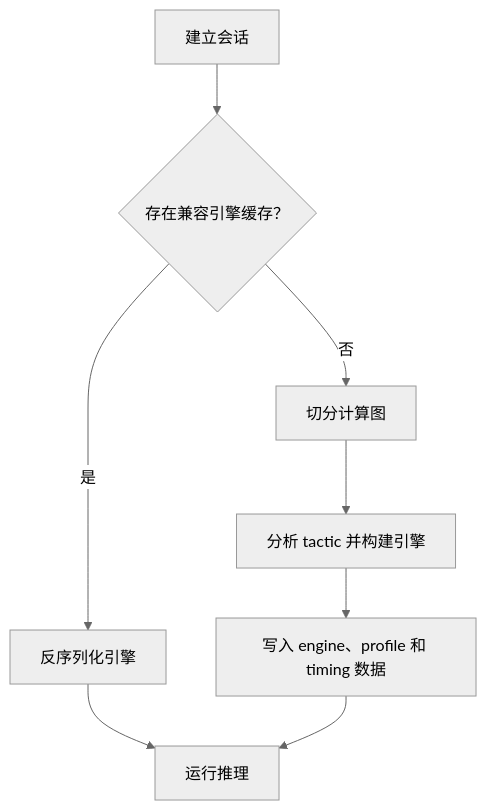
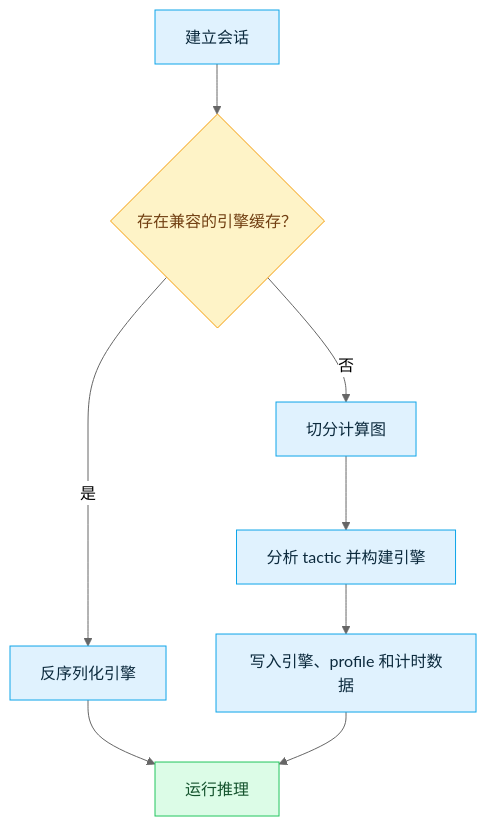
The third of 6 diagrams in NVIDIA/README.zh-CN.md (DakeQQ/Tutorial-ONNX-Runtime-Execution-Providers), drawn with Mermaid (neutral theme) before and after one commit. The commit also changed other lines of this file and 15 other files, not shown here.

````diff
--- a/NVIDIA/README.zh-CN.md
+++ b/NVIDIA/README.zh-CN.md
@@ -461,10 +553,17 @@
 ```mermaid
 flowchart TD
-    A[建立会话] --> B{存在兼容引擎缓存？}
-    B -- 是 --> C[反序列化引擎]
-    B -- 否 --> D[切分计算图]
-    D --> E[分析 tactic 并构建引擎]
-    E --> F[写入 engine、profile 和 timing 数据]
-    C --> G[运行推理]
+    A["建立会话"] --> B{"存在兼容的引擎缓存？"}
+    B -- 是 --> C["反序列化引擎"]
+    B -- 否 --> D["切分计算图"]
+    D --> E["分析 tactic 并构建引擎"]
+    E --> F["写入引擎、profile 和计时数据"]
+    C --> G["运行推理"]
     F --> G
+
+    classDef step fill:#e0f2fe,stroke:#0ea5e9,color:#0c2a3d;
+    classDef dec fill:#fef3c7,stroke:#f59e0b,color:#713f12;
+    classDef good fill:#dcfce7,stroke:#22c55e,color:#14532d;
+    class A,C,D,E,F step;
+    class B dec;
+    class G good;
 ```
````
